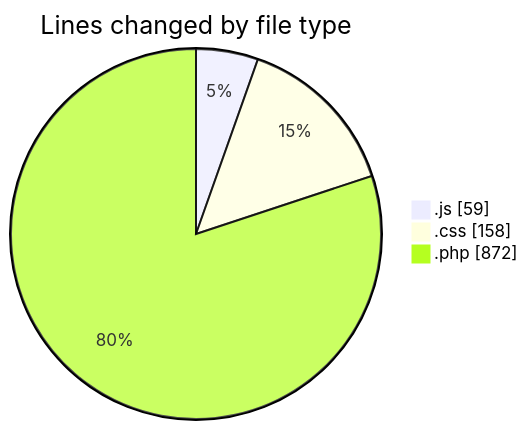
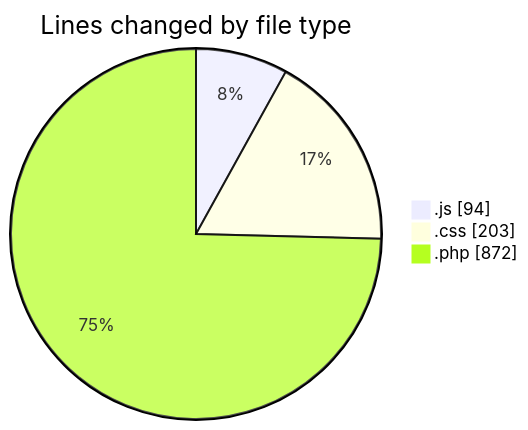
The first of 2 diagrams in 2025-08-25/quytuthien_vn/README.md (lephambinh05/code-tracking), drawn with Mermaid before and after one commit. The commit also changed other lines of this file and 1 other file, not shown here.

````diff
--- a/2025-08-25/quytuthien_vn/README.md
+++ b/2025-08-25/quytuthien_vn/README.md
@@ -33,7 +35,7 @@
 ```mermaid
 pie showData
 title Lines changed by file type
-".js" : 59
-".css" : 158
+".js" : 94
+".css" : 203
 ".php" : 872
 ```
````
